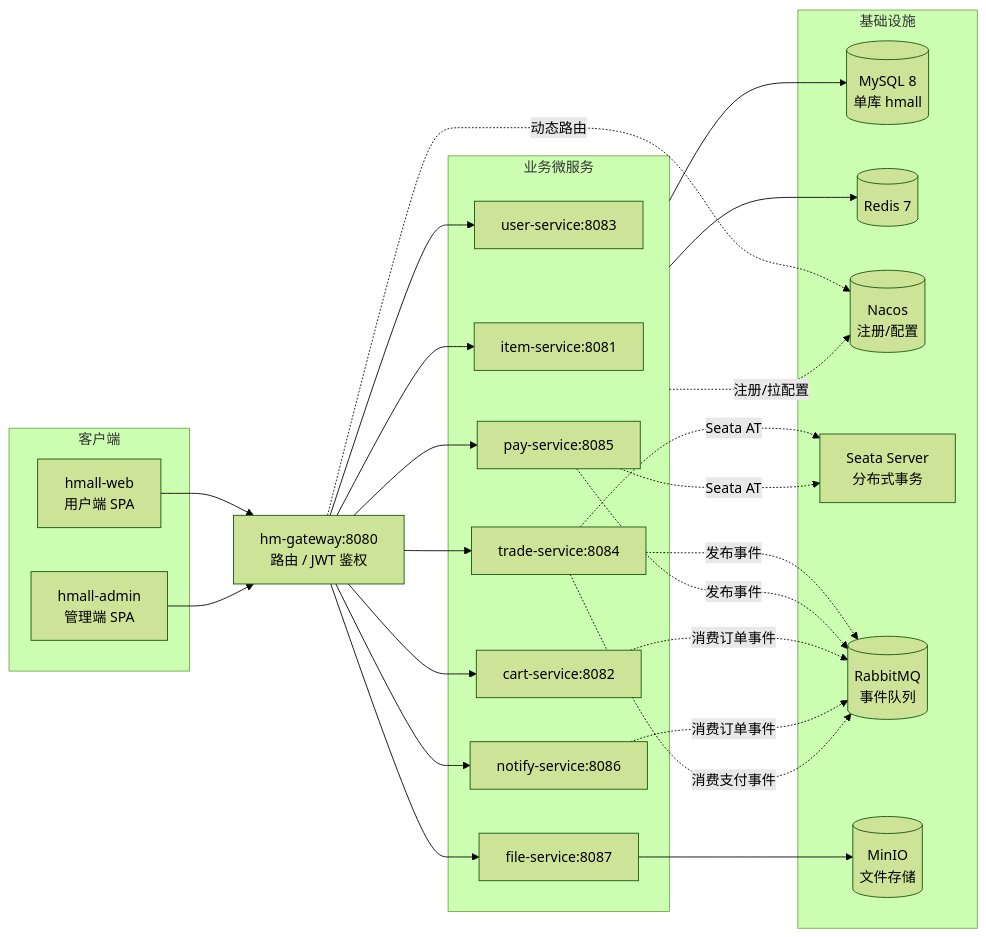
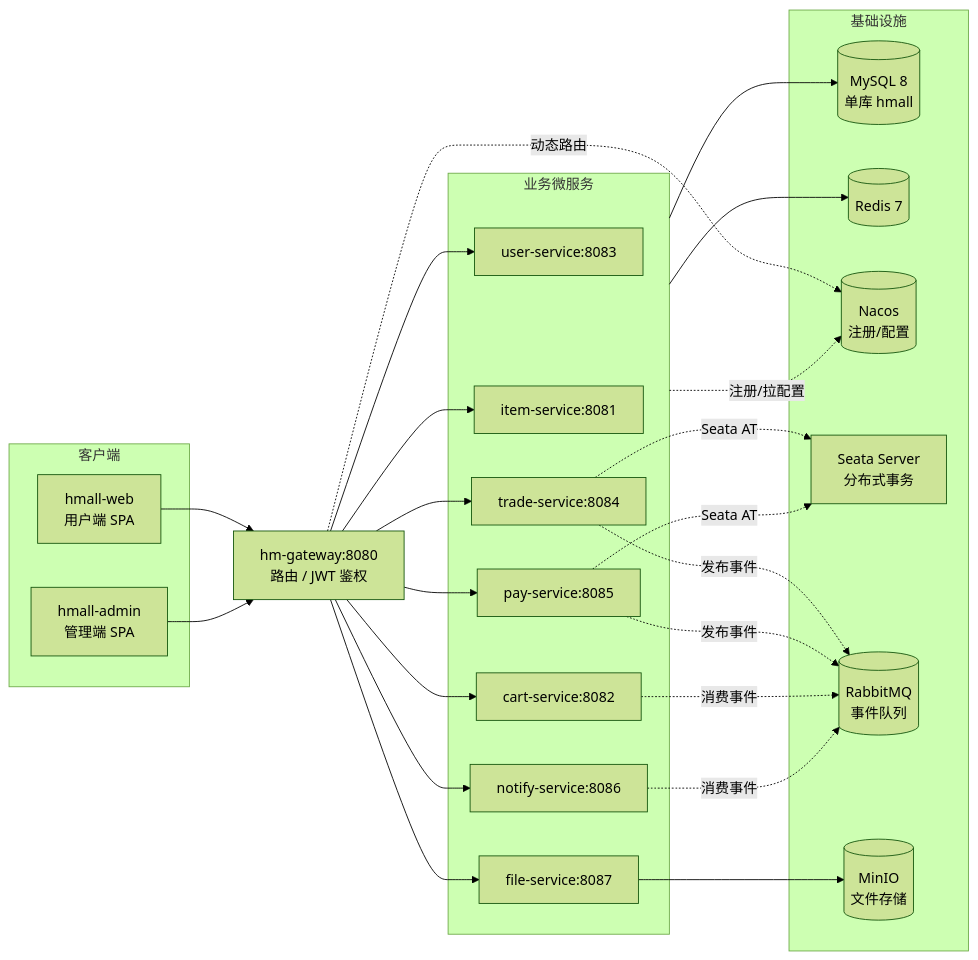
The diagram in docs/structure/README.md (3219378872/web-dev-experiment), drawn with Mermaid (forest theme) before and after one commit. The commit also changed 4 other files, not shown here.

First line of the commit message:
docs: update structure diagrams for Seata/RabbitMQ/MinIO integration

````diff
--- a/docs/structure/README.md
+++ b/docs/structure/README.md
@@ -18,41 +18,40 @@
 ```mermaid
 flowchart LR
     subgraph Client[客户端]
         Web[hmall-web<br/>用户端 SPA]
         Admin[hmall-admin<br/>管理端 SPA]
     end
 
     GW[hm-gateway:8080<br/>路由 / JWT 鉴权]
 
     subgraph Services[业务微服务]
         US[user-service:8083]
         IS[item-service:8081]
         CS[cart-service:8082]
         TS[trade-service:8084]
         PS[pay-service:8085]
         NS[notify-service:8086]
         FS[file-service:8087]
     end
 
     subgraph Infra[基础设施]
         DB[(MySQL 8<br/>单库 hmall)]
         Redis[(Redis 7)]
         Nacos[(Nacos<br/>注册/配置)]
         Seata[Seata Server<br/>分布式事务]
         RabbitMQ[(RabbitMQ<br/>事件队列)]
         MinIO[(MinIO<br/>文件存储)]
     end
 
     Web --> GW
     Admin --> GW
     GW --> US & IS & CS & TS & PS & NS & FS
     Services --> DB
     Services --> Redis
     Services -.注册/拉配置.-> Nacos
     GW -.动态路由.-> Nacos
     TS & PS -.Seata AT.-> Seata
     TS & PS -.发布事件.-> RabbitMQ
-    CS & NS -.消费订单事件.-> RabbitMQ
-    TS -.消费支付事件.-> RabbitMQ
+    CS & NS -.消费事件.-> RabbitMQ
     FS --> MinIO
 ```
````
